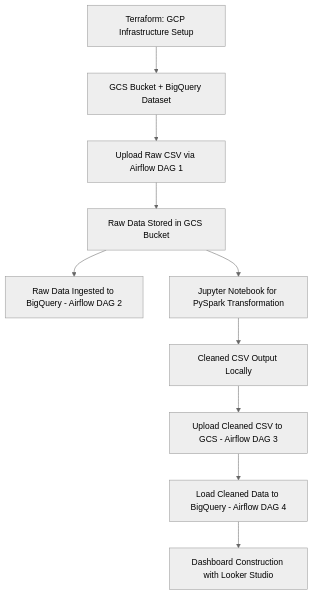
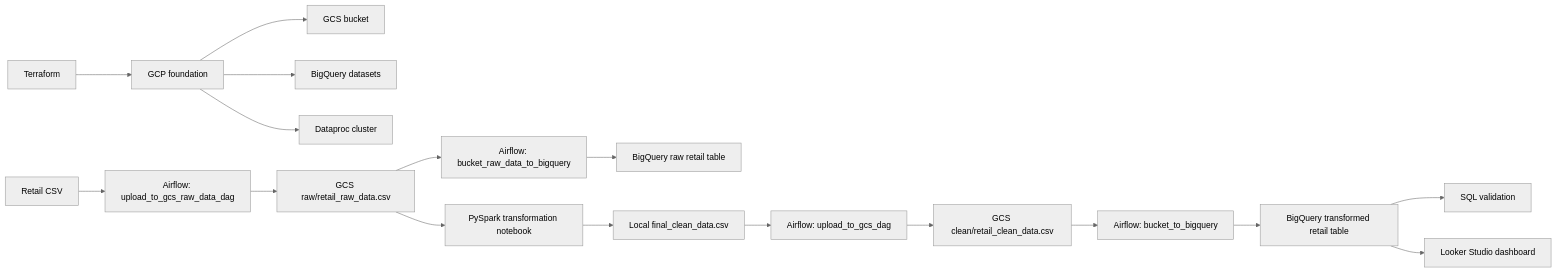
Before and after one commit to sntk-76/Retail-Data-Pipeline: the diagram in README.md, drawn with Mermaid (neutral theme). The commit also changed other lines of this file and 1 other file, not shown here.

Commit message:
Rewrite retail data pipeline README

````diff
--- a/README.md
+++ b/README.md
@@ -17,12 +36,22 @@
 ```mermaid
-graph TD
-    A[Terraform: GCP Infrastructure Setup] --> B[GCS Bucket + BigQuery Dataset]
-    B --> C[Upload Raw CSV via Airflow DAG 1]
-    C --> D[Raw Data Stored in GCS Bucket]
-    D --> E[Raw Data Ingested to BigQuery - Airflow DAG 2]
-    D --> F[Jupyter Notebook for PySpark Transformation]
-    F --> G[Cleaned CSV Output Locally]
-    G --> H[Upload Cleaned CSV to GCS - Airflow DAG 3]
-    H --> I[Load Cleaned Data to BigQuery - Airflow DAG 4]
-    I --> J[Dashboard Construction with Looker Studio]
+flowchart LR
+    A[Terraform] --> B[GCP foundation]
+    B --> C[GCS bucket]
+    B --> D[BigQuery datasets]
+    B --> E[Dataproc cluster]
+
+    F[Retail CSV] --> G[Airflow: upload_to_gcs_raw_data_dag]
+    G --> H[GCS raw/retail_raw_data.csv]
+    H --> I[Airflow: bucket_raw_data_to_bigquery]
+    I --> J[BigQuery raw retail table]
+
+    H --> K[PySpark transformation notebook]
+    K --> L[Local final_clean_data.csv]
+    L --> M[Airflow: upload_to_gcs_dag]
+    M --> N[GCS clean/retail_clean_data.csv]
+    N --> O[Airflow: bucket_to_bigquery]
+    O --> P[BigQuery transformed retail table]
+
+    P --> Q[SQL validation]
+    P --> R[Looker Studio dashboard]
 ```
````
